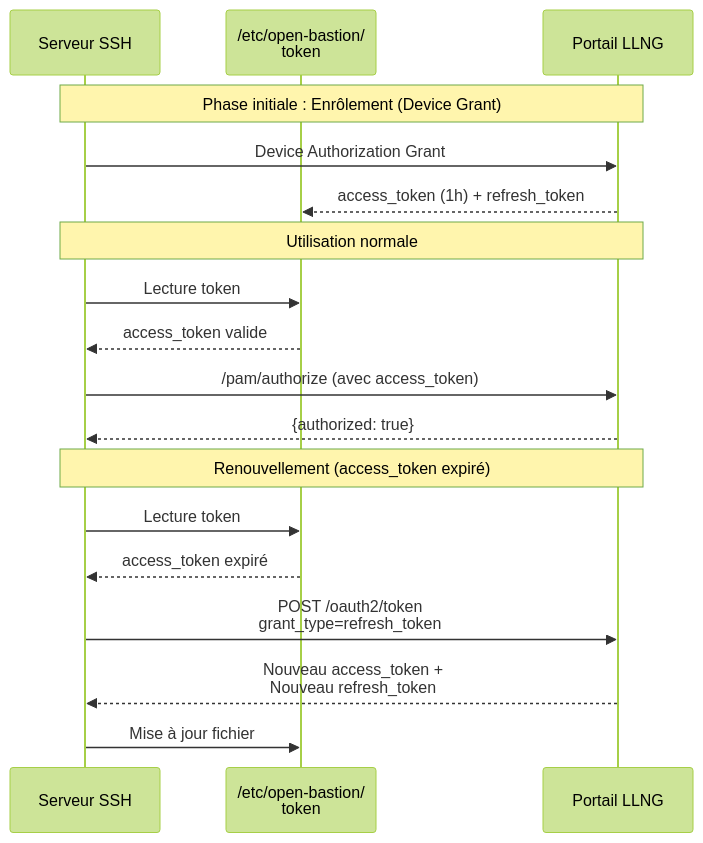
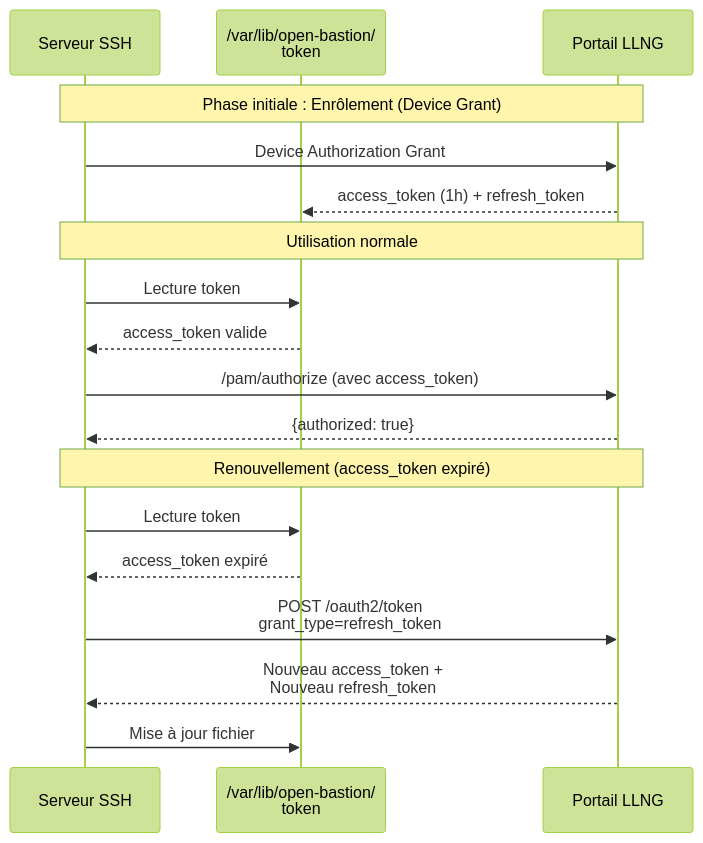
Before and after one commit to linagora/open-bastion: the second of 7 diagrams in doc/security/01-enrollment.md, drawn with Mermaid (forest theme). The commit also changed other lines of this file and 23 other files, not shown here.

````diff
--- a/doc/security/01-enrollment.md
+++ b/doc/security/01-enrollment.md
@@ -345,23 +345,23 @@
 ```mermaid
 sequenceDiagram
     participant Srv as Serveur SSH
-    participant Token as /etc/open-bastion/<br/>token
+    participant Token as /var/lib/open-bastion/<br/>token
     participant LLNG as Portail LLNG
 
     Note over Srv,LLNG: Phase initiale : Enrôlement (Device Grant)
     Srv->>LLNG: Device Authorization Grant
     LLNG-->>Token: access_token (1h) + refresh_token
 
     Note over Srv,LLNG: Utilisation normale
     Srv->>Token: Lecture token
     Token-->>Srv: access_token valide
     Srv->>LLNG: /pam/authorize (avec access_token)
     LLNG-->>Srv: {authorized: true}
 
     Note over Srv,LLNG: Renouvellement (access_token expiré)
     Srv->>Token: Lecture token
     Token-->>Srv: access_token expiré
     Srv->>LLNG: POST /oauth2/token<br/>grant_type=refresh_token
     LLNG-->>Srv: Nouveau access_token +<br/>Nouveau refresh_token
     Srv->>Token: Mise à jour fichier
 ```
````
